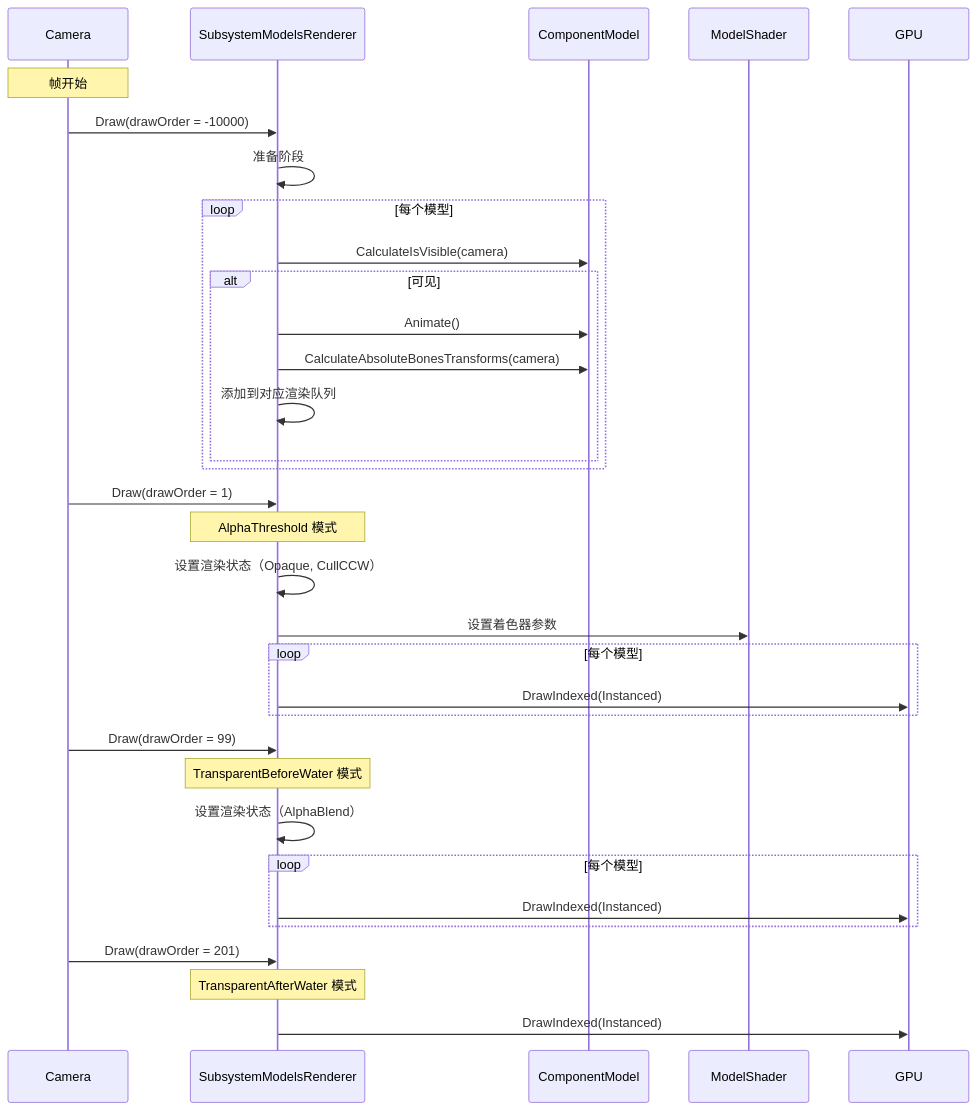
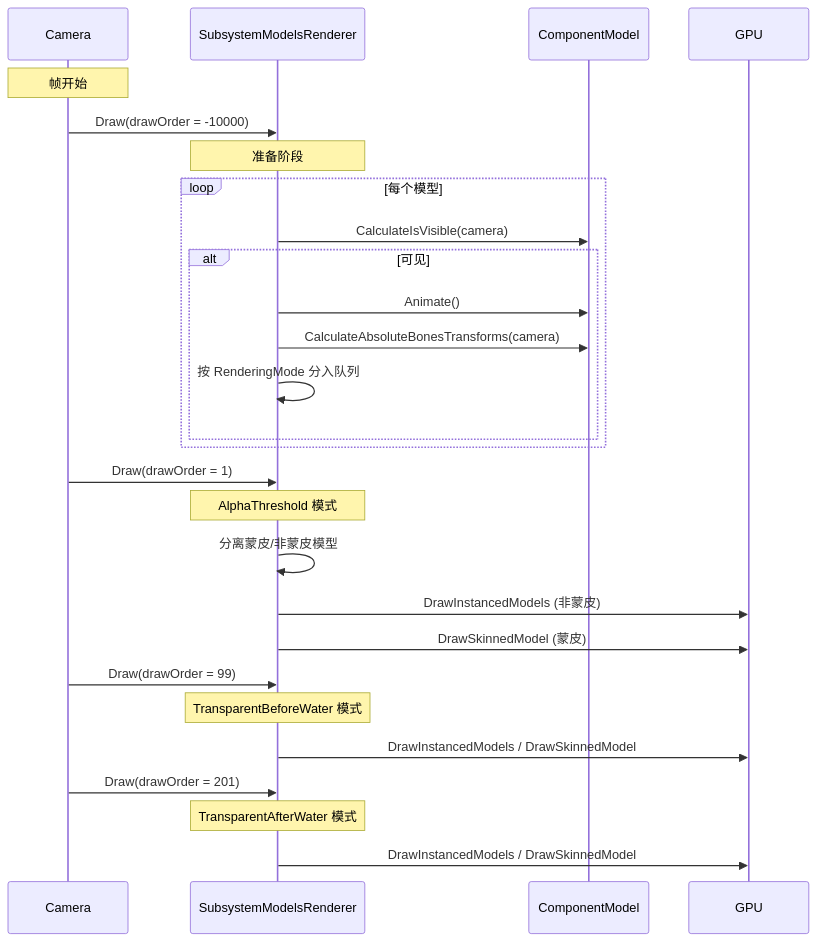
One commit to YYLMZXC/SurvivalCraftAPI changed the sixth of 8 diagrams in docs/CreatureModelSystem.md. Above: the diagram before and after it, drawn with Mermaid. The commit also changed other lines of this file and 3 other files, not shown here.

````diff
--- a/docs/CreatureModelSystem.md
+++ b/docs/CreatureModelSystem.md
@@ -548,40 +616,34 @@
 ```mermaid
 sequenceDiagram
     participant Camera
     participant SMR as SubsystemModelsRenderer
     participant CM as ComponentModel
-    participant MS as ModelShader
     participant GPU
-    
+
     Note over Camera: 帧开始
-    
+
     Camera->>SMR: Draw(drawOrder = -10000)
-    SMR->>SMR: 准备阶段
+    Note over SMR: 准备阶段
     loop 每个模型
         SMR->>CM: CalculateIsVisible(camera)
         alt 可见
             SMR->>CM: Animate()
             SMR->>CM: CalculateAbsoluteBonesTransforms(camera)
-            SMR->>SMR: 添加到对应渲染队列
+            SMR->>SMR: 按 RenderingMode 分入队列
         end
     end
-    
+
     Camera->>SMR: Draw(drawOrder = 1)
     Note over SMR: AlphaThreshold 模式
-    SMR->>SMR: 设置渲染状态（Opaque, CullCCW）
-    SMR->>MS: 设置着色器参数
-    loop 每个模型
-        SMR->>GPU: DrawIndexed(Instanced)
-    end
-    
+    SMR->>SMR: 分离蒙皮/非蒙皮模型
+    SMR->>GPU: DrawInstancedModels (非蒙皮)
+    SMR->>GPU: DrawSkinnedModel (蒙皮)
+
     Camera->>SMR: Draw(drawOrder = 99)
     Note over SMR: TransparentBeforeWater 模式
-    SMR->>SMR: 设置渲染状态（AlphaBlend）
-    loop 每个模型
-        SMR->>GPU: DrawIndexed(Instanced)
-    end
-    
+    SMR->>GPU: DrawInstancedModels / DrawSkinnedModel
+
     Camera->>SMR: Draw(drawOrder = 201)
     Note over SMR: TransparentAfterWater 模式
-    SMR->>GPU: DrawIndexed(Instanced)
+    SMR->>GPU: DrawInstancedModels / DrawSkinnedModel
 ```
````
